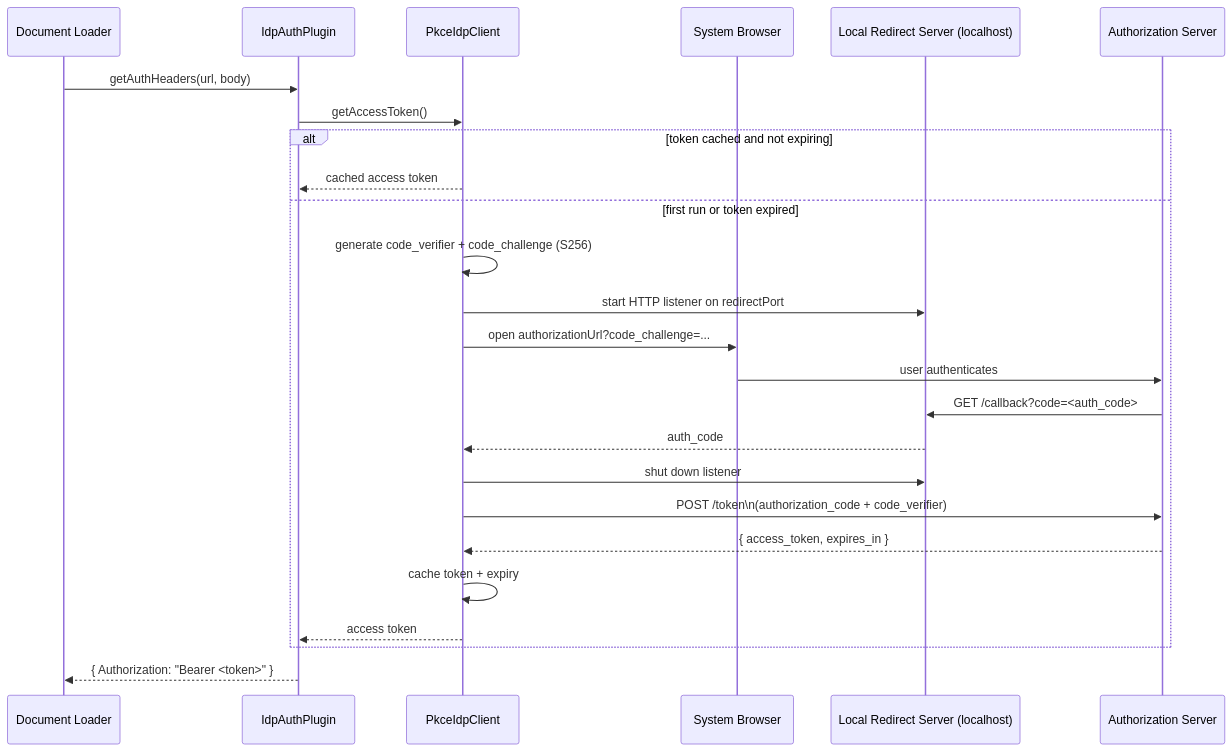
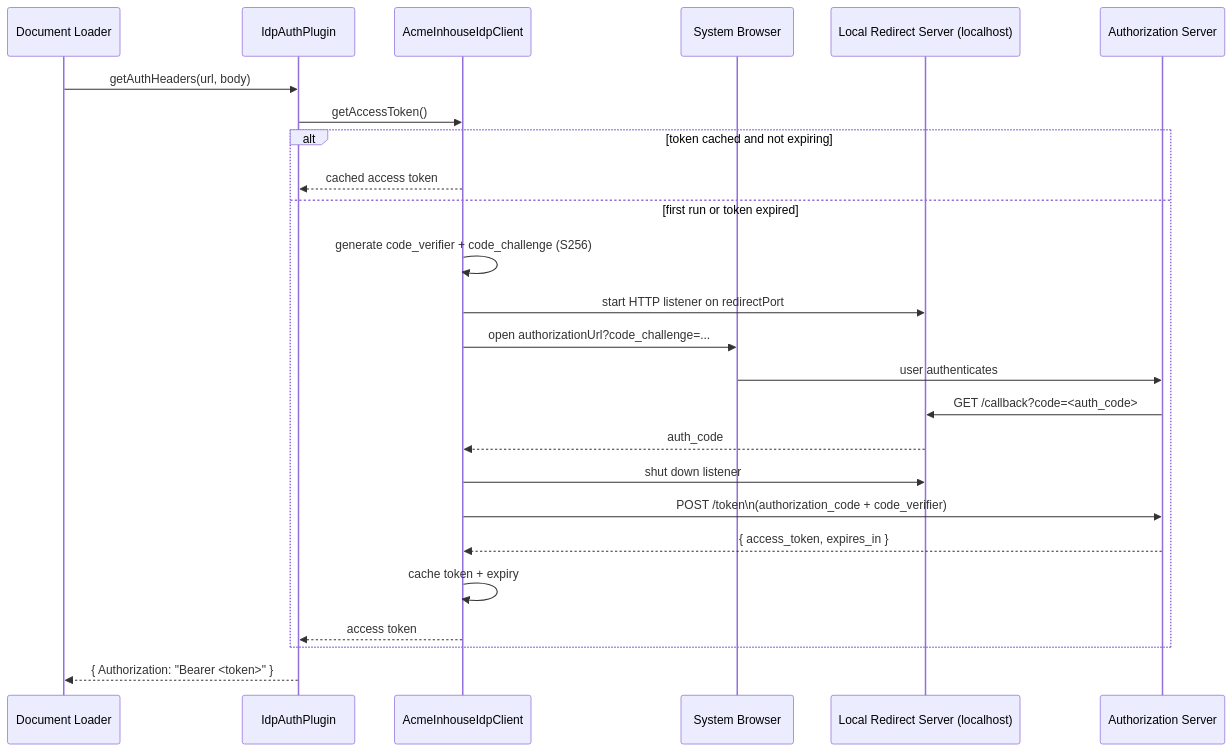
The fifth of 10 diagrams in docs/general-idp-authplugin-design.md (jimthompson5802/calm-web-repo), drawn with Mermaid before and after one commit. The commit also changed other lines of this file, not shown here.

Commit message:
feat: remove unused IdpClient classes and update sequence diagrams for clarity

````diff
--- a/docs/general-idp-authplugin-design.md
+++ b/docs/general-idp-authplugin-design.md
@@ -209,28 +181,28 @@
 ```mermaid
 sequenceDiagram
     participant Loader as Document Loader
     participant IAP as IdpAuthPlugin
-    participant PC as PkceIdpClient
+    participant PC as AcmeInhouseIdpClient
     participant Browser as System Browser
     participant LS as Local Redirect Server (localhost)
     participant IDP as Authorization Server
 
     Loader->>IAP: getAuthHeaders(url, body)
     IAP->>PC: getAccessToken()
     alt token cached and not expiring
         PC-->>IAP: cached access token
     else first run or token expired
         PC->>PC: generate code_verifier + code_challenge (S256)
         PC->>LS: start HTTP listener on redirectPort
         PC->>Browser: open authorizationUrl?code_challenge=...
         Browser->>IDP: user authenticates
         IDP->>LS: GET /callback?code=<auth_code>
         LS-->>PC: auth_code
         PC->>LS: shut down listener
         PC->>IDP: POST /token\n(authorization_code + code_verifier)
         IDP-->>PC: { access_token, expires_in }
         PC->>PC: cache token + expiry
         PC-->>IAP: access token
     end
     IAP-->>Loader: { Authorization: "Bearer <token>" }
 ```
````
